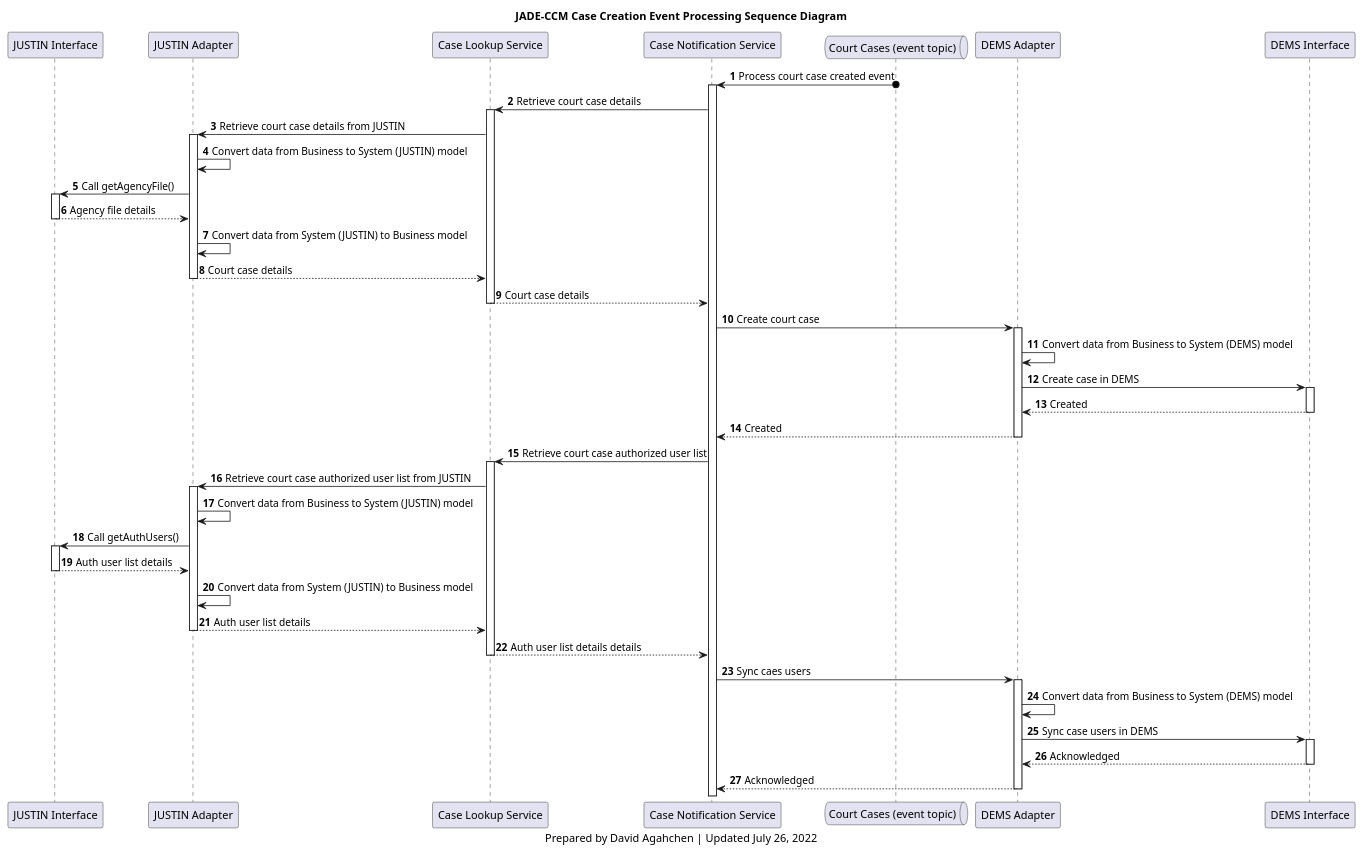
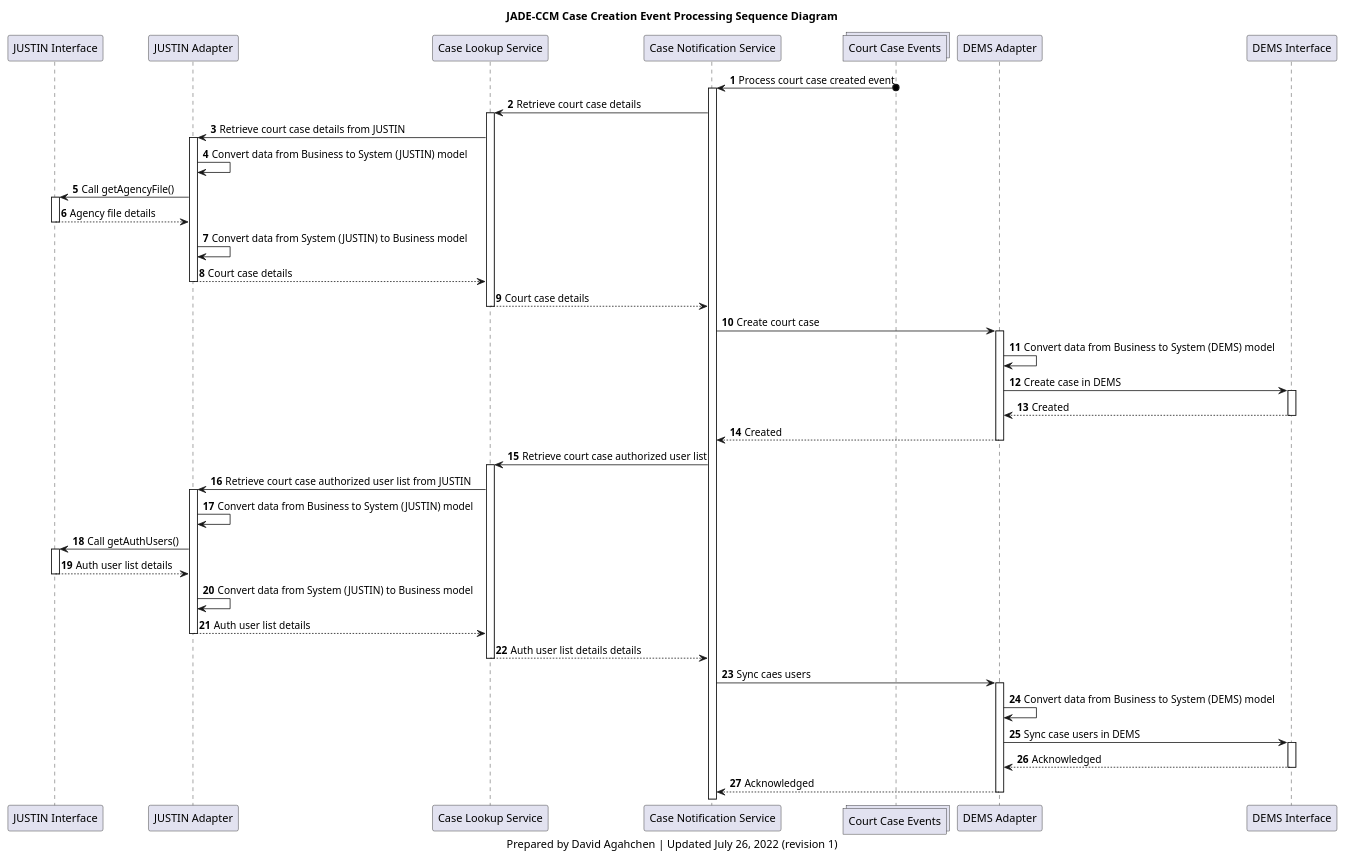
The diagram in img/src/ccm_dems_case_creation_sequence_diagram.plantuml (bcgov/jpss-jade-ccm), drawn with PlantUML before and after one commit. The commit also changed 3 other files, not shown here.

Commit message:
updated sequence diagrams

```diff
--- a/img/src/ccm_dems_case_creation_sequence_diagram.plantuml
+++ b/img/src/ccm_dems_case_creation_sequence_diagram.plantuml
@@ -1,76 +1,76 @@
 @startuml
 'hide footbox
 participant j_interface as "JUSTIN Interface"
 participant j_adapter as "JUSTIN Adapter"
 participant case_lookup_service as "Case Lookup Service"
 participant case_notification_service as "Case Notification Service"
-queue court_cases_topic as "Court Cases (event topic)"
+collections court_cases_topic as "Court Case Events"
 participant d_adapter as "DEMS Adapter"
 participant d_interface as "DEMS Interface"
 
 title
 JADE-CCM Case Creation Event Processing Sequence Diagram
 end title
 
 autonumber
 
 court_cases_topic o-> case_notification_service : Process court case created event
 activate case_notification_service
 case_notification_service -> case_lookup_service: Retrieve court case details
 activate case_lookup_service
 case_lookup_service -> j_adapter: Retrieve court case details from JUSTIN
 
 activate j_adapter
 j_adapter -> j_adapter: Convert data from Business to System (JUSTIN) model
 j_adapter -> j_interface: Call getAgencyFile()
 activate j_interface
 j_interface --> j_adapter: Agency file details
 deactivate j_interface
 j_adapter -> j_adapter: Convert data from System (JUSTIN) to Business model
 j_adapter --> case_lookup_service: Court case details
 deactivate j_adapter
 
 case_lookup_service --> case_notification_service: Court case details
 deactivate case_lookup_service
 case_notification_service -> d_adapter: Create court case
 
 activate d_adapter
 d_adapter -> d_adapter: Convert data from Business to System (DEMS) model
 d_adapter -> d_interface: Create case in DEMS
 activate d_interface
 d_interface --> d_adapter: Created
 deactivate d_interface
 d_adapter --> case_notification_service: Created
 deactivate d_adapter
 
 case_notification_service -> case_lookup_service: Retrieve court case authorized user list
 activate case_lookup_service
 case_lookup_service -> j_adapter: Retrieve court case authorized user list from JUSTIN
 
 activate j_adapter
 j_adapter -> j_adapter: Convert data from Business to System (JUSTIN) model
 j_adapter -> j_interface: Call getAuthUsers()
 activate j_interface
 j_interface --> j_adapter: Auth user list details
 deactivate j_interface
 j_adapter -> j_adapter: Convert data from System (JUSTIN) to Business model
 j_adapter --> case_lookup_service: Auth user list details
 deactivate j_adapter
 
 case_lookup_service --> case_notification_service: Auth user list details details
 deactivate case_lookup_service
 
 case_notification_service -> d_adapter: Sync caes users
 activate d_adapter
 d_adapter -> d_adapter: Convert data from Business to System (DEMS) model
 d_adapter -> d_interface: Sync case users in DEMS
 activate d_interface
 d_interface --> d_adapter: Acknowledged
 deactivate d_interface
 d_adapter --> case_notification_service: Acknowledged
 deactivate d_adapter
 
 caption
-Prepared by David Agahchen | Updated July 26, 2022
+Prepared by David Agahchen | Updated July 26, 2022 (revision 1)
 end caption
 @enduml
```
